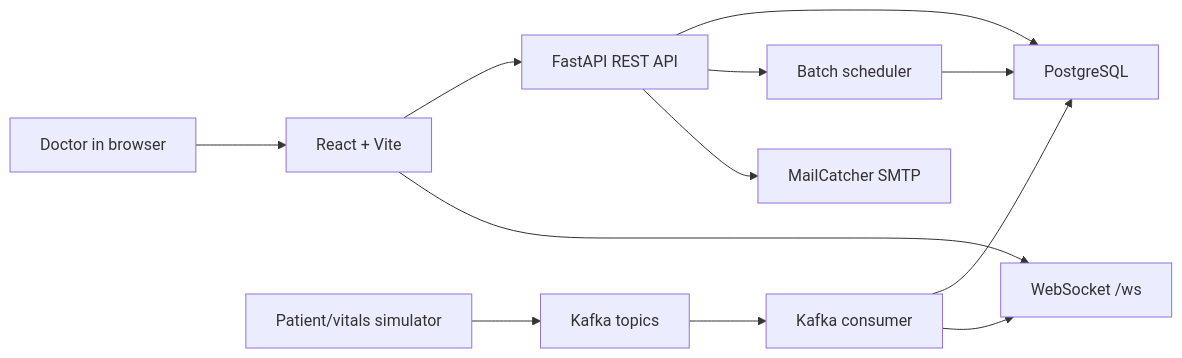
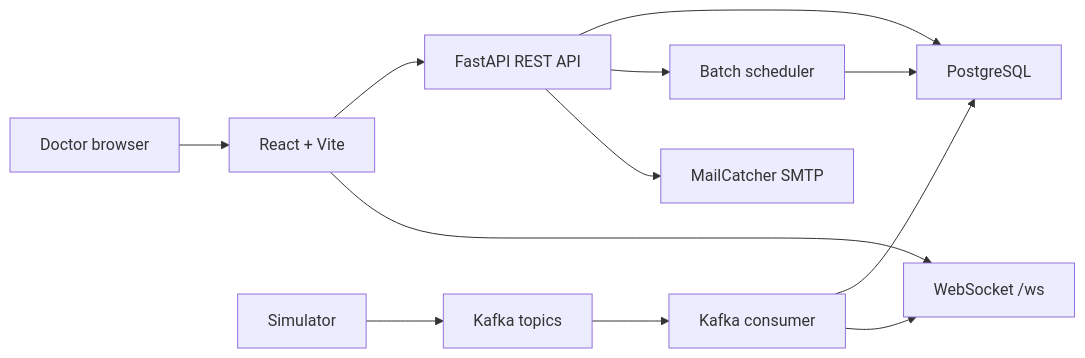
One commit to hognogicristina/MedStream changed the diagram in README.md. Above: the diagram before and after it, drawn with Mermaid. The commit also changed other lines of this file and 8 other files, not shown here.

Commit message:
fixed chart

````diff
--- a/README.md
+++ b/README.md
@@ -35,14 +32,14 @@
 ```mermaid
 flowchart LR
-  Doctor["Doctor in browser"] --> Frontend["React + Vite"]
+  Doctor["Doctor browser"] --> Frontend["React + Vite"]
   Frontend --> API["FastAPI REST API"]
   Frontend --> WS["WebSocket /ws"]
   API --> DB["PostgreSQL"]
   API --> Batch["Batch scheduler"]
-  Simulator["Patient/vitals simulator"] --> Kafka["Kafka topics"]
+  Simulator["Simulator"] --> Kafka["Kafka topics"]
   Kafka --> Consumer["Kafka consumer"]
   Consumer --> DB
   Consumer --> WS
   Batch --> DB
   API --> Mail["MailCatcher SMTP"]
 ```
````
